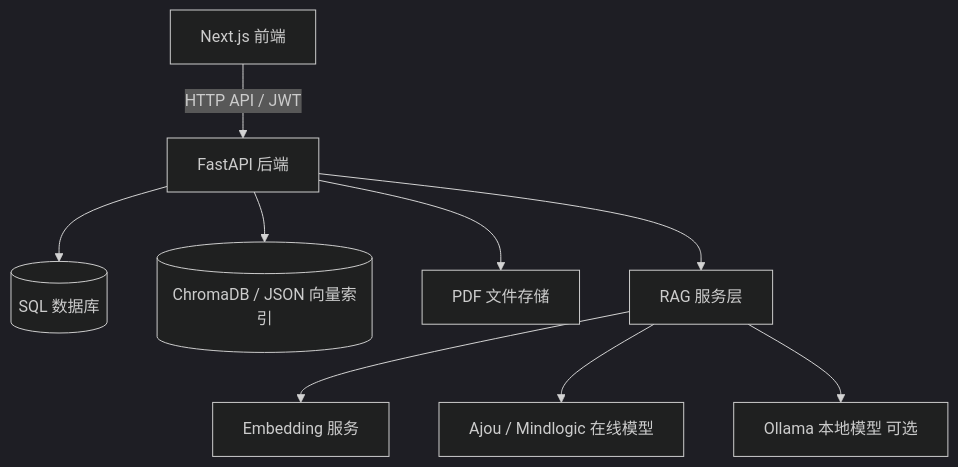
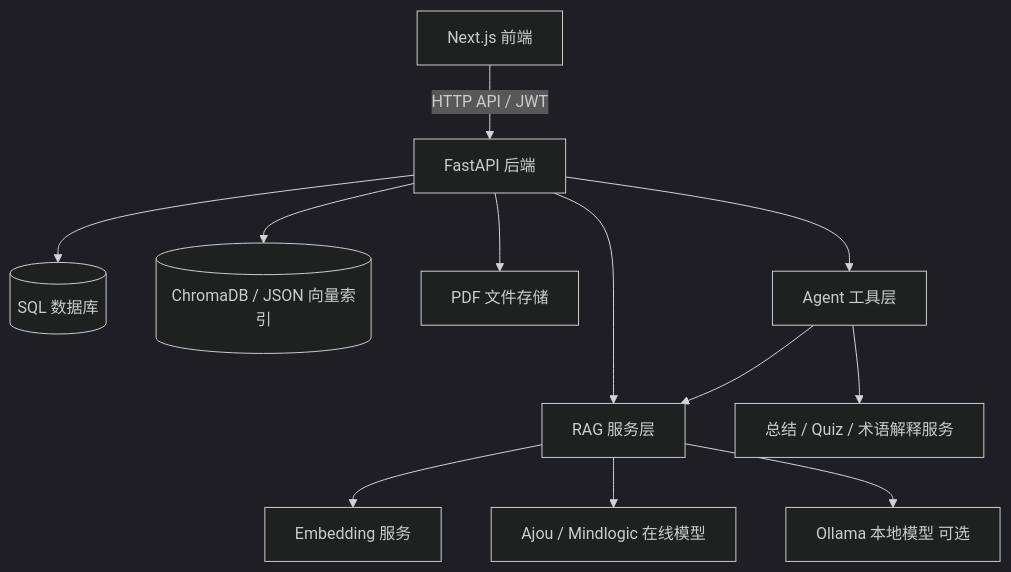
The first of 2 diagrams in README.md (lc114548274-pixel/campusmind-ai-study-assistant), drawn with Mermaid (dark theme) before and after one commit. The commit also changed other lines of this file and 6 other files, not shown here.

````diff
--- a/README.md
+++ b/README.md
@@ -54,11 +56,14 @@
 ```mermaid
 flowchart TD
   A["Next.js 前端"] -->|"HTTP API / JWT"| B["FastAPI 后端"]
   B --> C[("SQL 数据库")]
   B --> D[("ChromaDB / JSON 向量索引")]
   B --> E["PDF 文件存储"]
   B --> F["RAG 服务层"]
+  B --> J["Agent 工具层"]
+  J --> F
+  J --> K["总结 / Quiz / 术语解释服务"]
   F --> G["Embedding 服务"]
   F --> H["Ajou / Mindlogic 在线模型"]
   F --> I["Ollama 本地模型 可选"]
 ```
````
